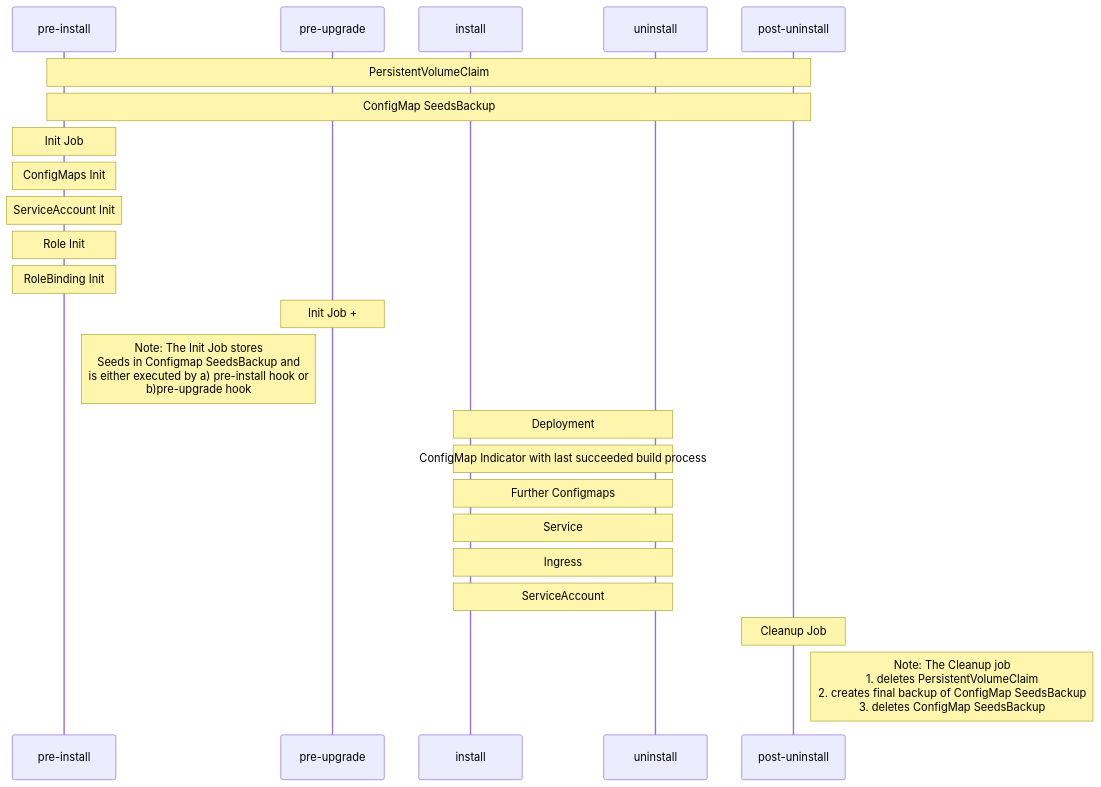
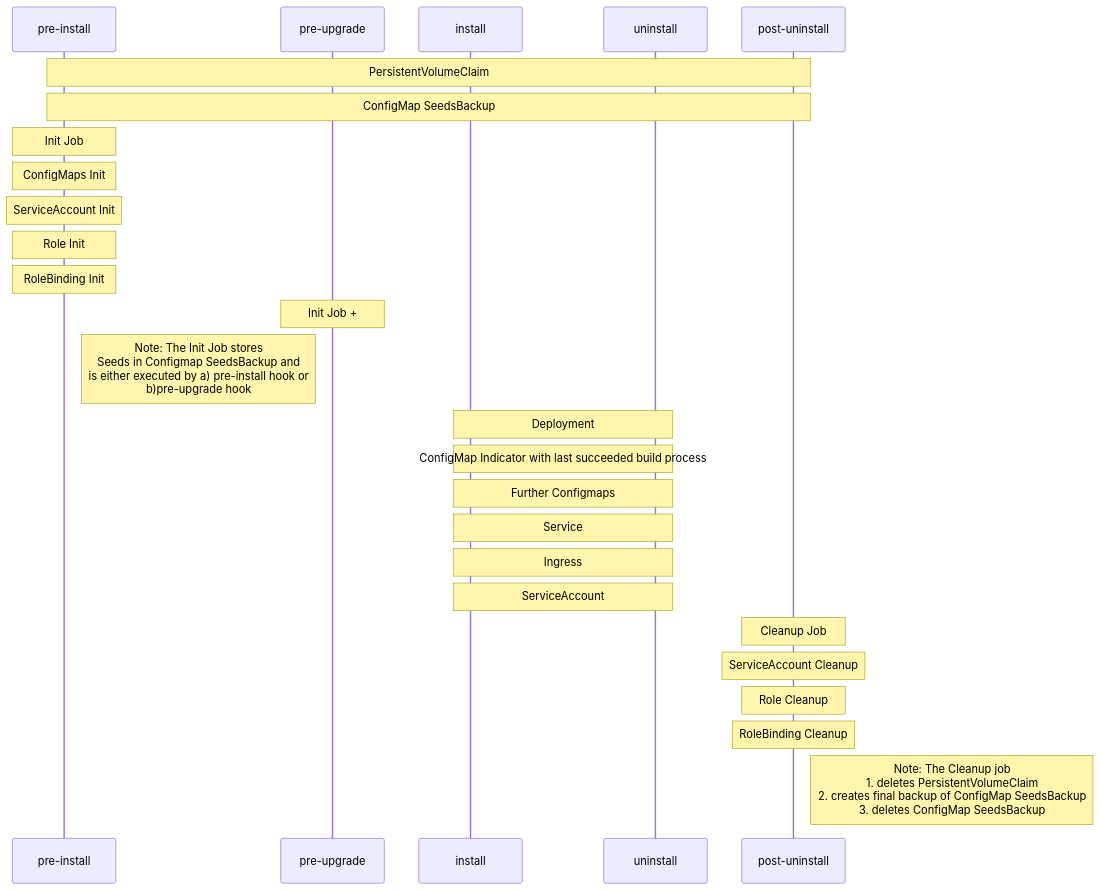
The first of 6 diagrams in charts/epi/README.md (PharmaLedger-IMI/helmchart-ethadapter), drawn with Mermaid before and after one commit. The commit also changed other lines of this file and 1 other file, not shown here.

Commit message:
doc cleanup job

````diff
--- a/charts/epi/README.md
+++ b/charts/epi/README.md
@@ -26,25 +26,28 @@
 ```mermaid
 sequenceDiagram
   participant PIN as pre-install
   participant PUP as pre-upgrade
   participant I as install
   participant U as uninstall
   participant PUN as post-uninstall
   Note over PIN,PUN: PersistentVolumeClaim
   Note over PIN,PUN: ConfigMap SeedsBackup
   Note over PIN:Init Job
   Note over PIN:ConfigMaps Init
   Note over PIN:ServiceAccount Init
   Note over PIN:Role Init
   Note over PIN:RoleBinding Init
   Note over PUP:Init Job +
   note right of PIN: Note: The Init Job stores <br/>Seeds in Configmap SeedsBackup and <br/> is either executed by a) pre-install hook or<br/>b)pre-upgrade hook
   Note over I,U:Deployment
   Note over I,U:ConfigMap Indicator with last succeeded build process
   Note over I,U:Further Configmaps
   Note over I,U:Service
   Note over I,U:Ingress
   Note over I,U:ServiceAccount
   Note over PUN:Cleanup Job
+  Note over PUN:ServiceAccount Cleanup
+  Note over PUN:Role Cleanup
+  Note over PUN:RoleBinding Cleanup
   note right of PUN: Note: The Cleanup job<br/>1. deletes PersistentVolumeClaim<br/>2. creates final backup of ConfigMap SeedsBackup<br/>3. deletes ConfigMap SeedsBackup
 ```
````
